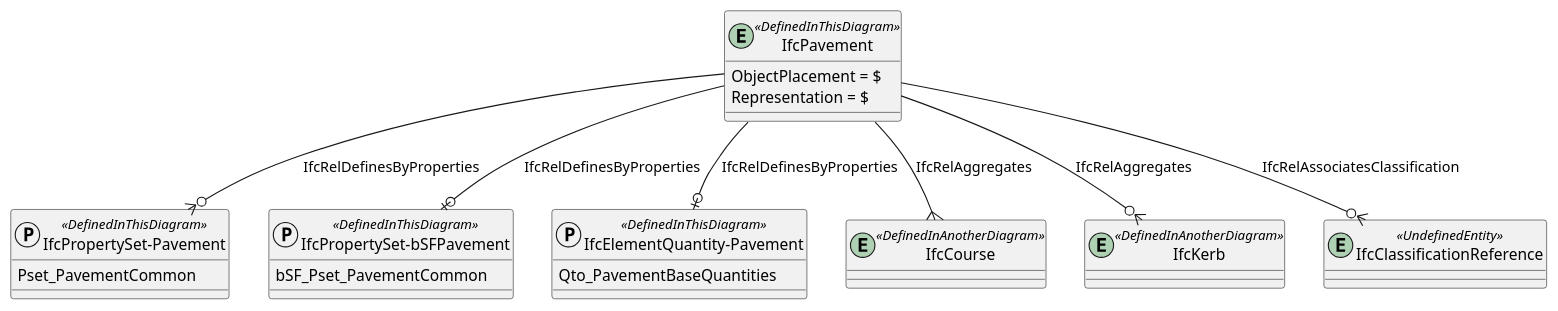
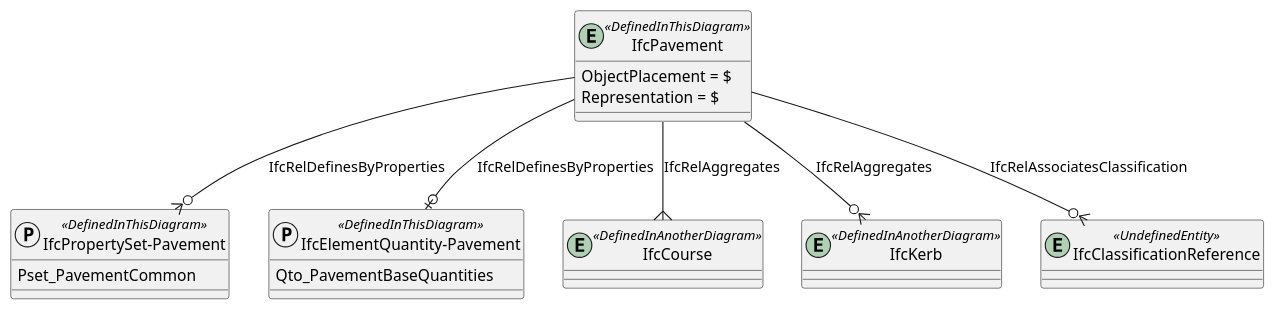
The diagram in diagrams/bsf-IfcPavement.pu (buildingSMART-Finland/RYTV-IFCRoute), drawn with PlantUML before and after one commit. The commit also changed 3 other files, not shown here.

```diff
--- a/diagrams/bsf-IfcPavement.pu
+++ b/diagrams/bsf-IfcPavement.pu
@@ -1,41 +1,36 @@
 @startuml 
 
 
 entity IfcPavement <<DefinedInThisDiagram>>
 {
   ObjectPlacement = $
   Representation = $
 }
 
 protocol "IfcPropertySet-Pavement" <<DefinedInThisDiagram>>
 {
     Pset_PavementCommon
 }
 
 IfcPavement --o{ "IfcPropertySet-Pavement" : IfcRelDefinesByProperties
 
-protocol "IfcPropertySet-bSFPavement" <<DefinedInThisDiagram>>
-{
-    bSF_Pset_PavementCommon
-}
-IfcPavement --o| "IfcPropertySet-bSFPavement" : IfcRelDefinesByProperties
 
 protocol "IfcElementQuantity-Pavement" <<DefinedInThisDiagram>>
 {
     Qto_PavementBaseQuantities
 }
 IfcPavement --o| "IfcElementQuantity-Pavement" : IfcRelDefinesByProperties
 
 entity IfcCourse <<DefinedInAnotherDiagram>>
 entity IfcKerb <<DefinedInAnotherDiagram>>
 
 entity IfcClassificationReference <<UndefinedEntity>>
 IfcPavement --o{ IfcClassificationReference : IfcRelAssociatesClassification
 
 
 IfcPavement--{IfcCourse : IfcRelAggregates
 IfcPavement--o{IfcKerb : IfcRelAggregates
 
 
 
 @enduml
```
